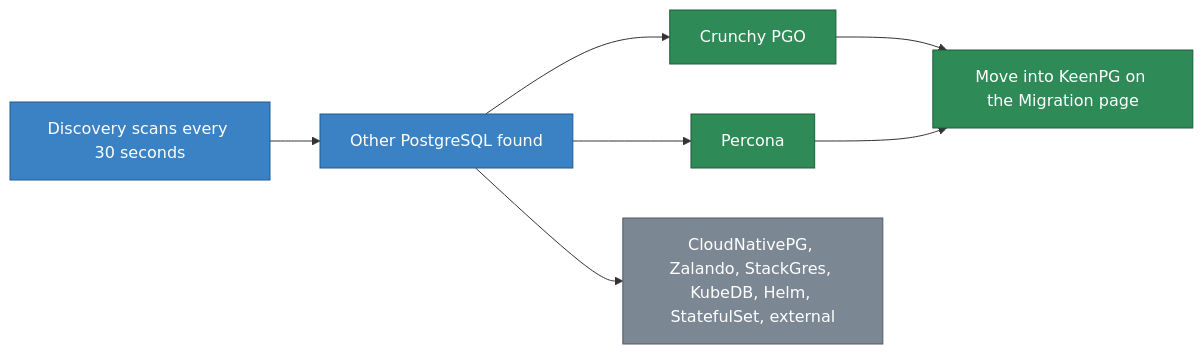
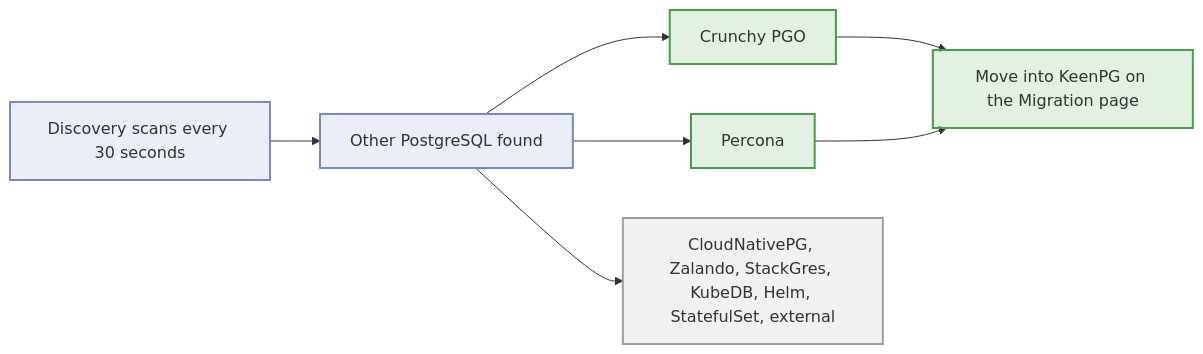
Before and after one commit to AdityaPanchall/keenpg-documentation: the eighth of 8 diagrams in docs/console.md, drawn with Mermaid. The commit also changed other lines of this file and 8 other files, not shown here.

````diff
--- a/docs/console.md
+++ b/docs/console.md
@@ -966,16 +889,16 @@
 ```mermaid
 flowchart LR
     SC["Discovery scans every 30 seconds"] --> F["Other PostgreSQL found"]
     F --> C1["Crunchy PGO"]
     F --> C2["Percona"]
     F --> C3["CloudNativePG, Zalando, StackGres, KubeDB, Helm, StatefulSet, external"]
     C1 --> MG["Move into KeenPG on the Migration page"]
     C2 --> MG
 
-    classDef step fill:#3b82c4,stroke:#1e5a94,color:#fff
-    classDef ok fill:#2e8b57,stroke:#1c5e3a,color:#fff
-    classDef muted fill:#7c8794,stroke:#515a64,color:#fff
+    classDef step fill:#7986cb26,stroke:#7986cb,stroke-width:2px
+    classDef ok fill:#43a04726,stroke:#43a047,stroke-width:2px
+    classDef muted fill:#9e9e9e26,stroke:#9e9e9e,stroke-width:2px
     class SC,F step
     class C1,C2,MG ok
     class C3 muted
 ```
````
